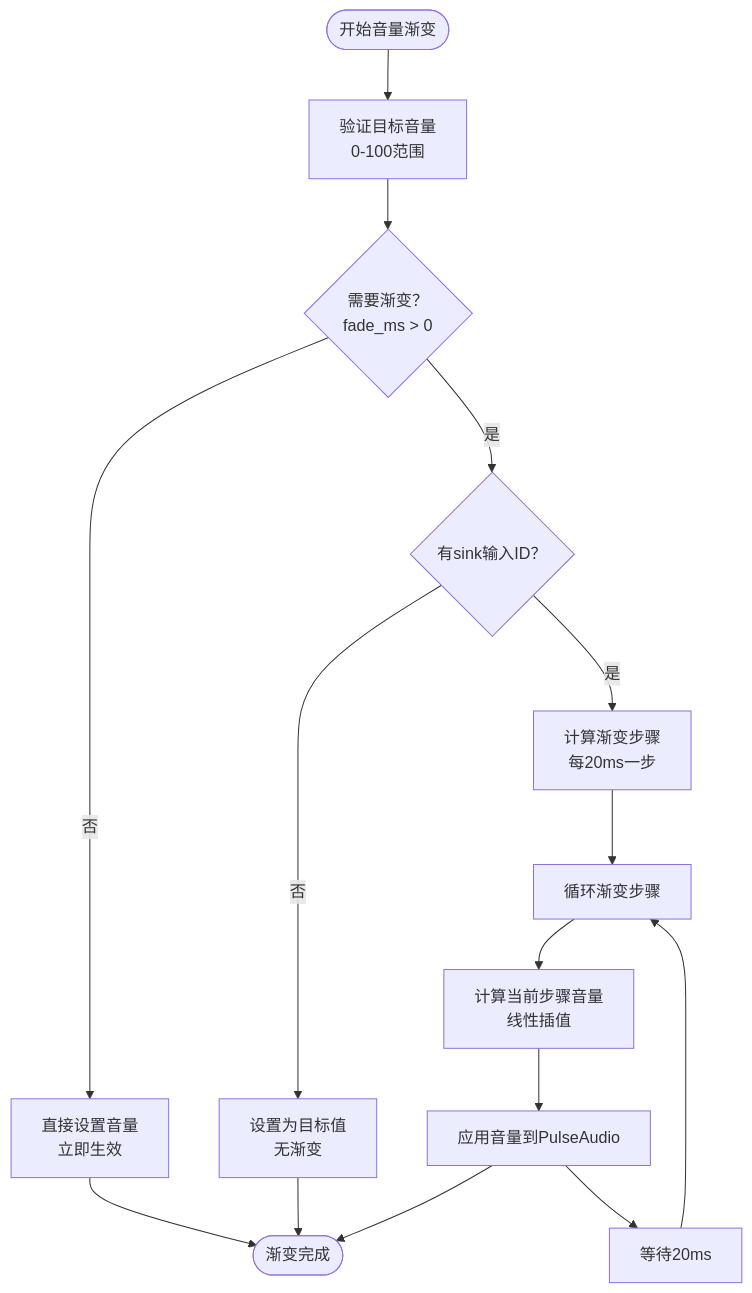
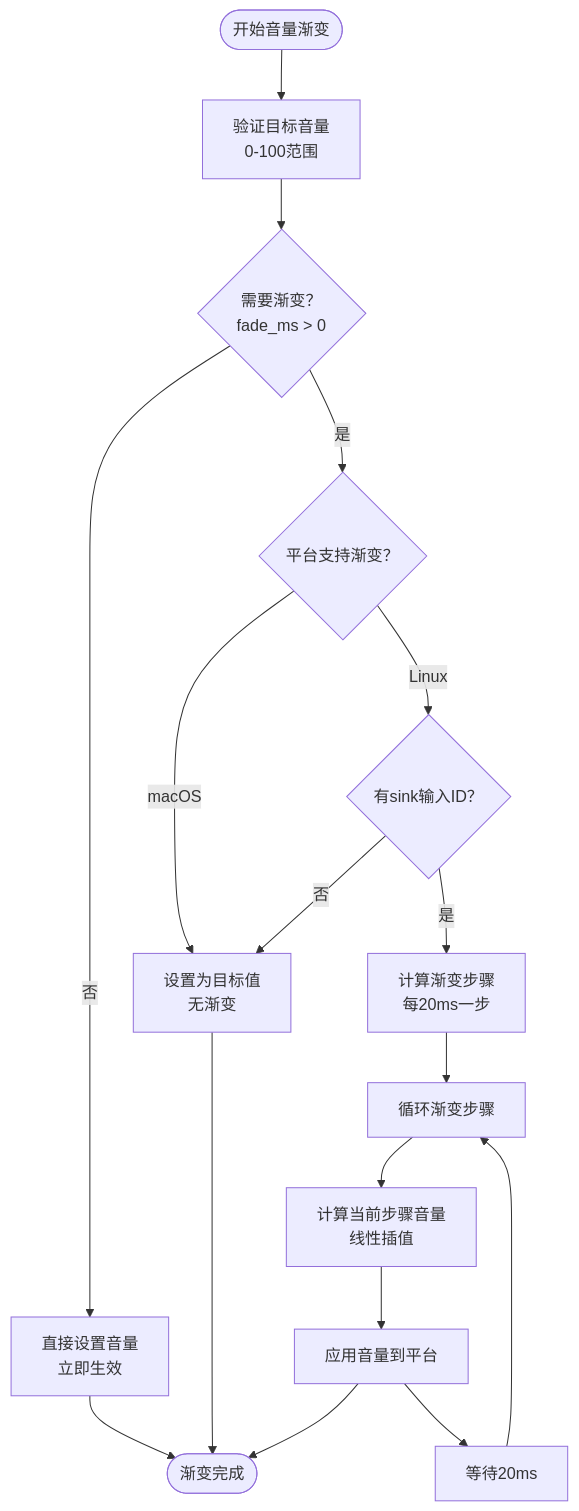
The fifth of 7 diagrams in .qoder/repowiki/zh/content/音乐播放系统/音量控制系统.md (GhoulOwl/Teamspeak3_Bot), drawn with Mermaid before and after one commit. The commit also changed other lines of this file and 7 other files, not shown here.

````diff
--- a/.qoder/repowiki/zh/content/音乐播放系统/音量控制系统.md
+++ b/.qoder/repowiki/zh/content/音乐播放系统/音量控制系统.md
@@ -189,17 +242,19 @@
 ```mermaid
 flowchart TD
 Start([开始音量渐变]) --> ValidateTarget["验证目标音量<br/>0-100范围"]
 ValidateTarget --> CheckFade{"需要渐变？<br/>fade_ms > 0"}
 CheckFade --> |否| DirectSet["直接设置音量<br/>立即生效"]
-CheckFade --> |是| CheckSink{"有sink输入ID？"}
-CheckSink --> |否| SetToTarget["设置为目标值<br/>无渐变"]
+CheckFade --> |是| CheckPlatform{"平台支持渐变？"}
+CheckPlatform --> |macOS| SetToTarget["设置为目标值<br/>无渐变"]
+CheckPlatform --> |Linux| CheckSink{"有sink输入ID？"}
+CheckSink --> |否| SetToTarget
 CheckSink --> |是| CalcSteps["计算渐变步骤<br/>每20ms一步"]
 CalcSteps --> LoopSteps["循环渐变步骤"]
 LoopSteps --> CalcVol["计算当前步骤音量<br/>线性插值"]
-CalcVol --> ApplyVol["应用音量到PulseAudio"]
+CalcVol --> ApplyVol["应用音量到平台"]
 ApplyVol --> SleepStep["等待20ms"]
 SleepStep --> LoopSteps
 DirectSet --> End([渐变完成])
 SetToTarget --> End
 ApplyVol --> End
 ```
````
